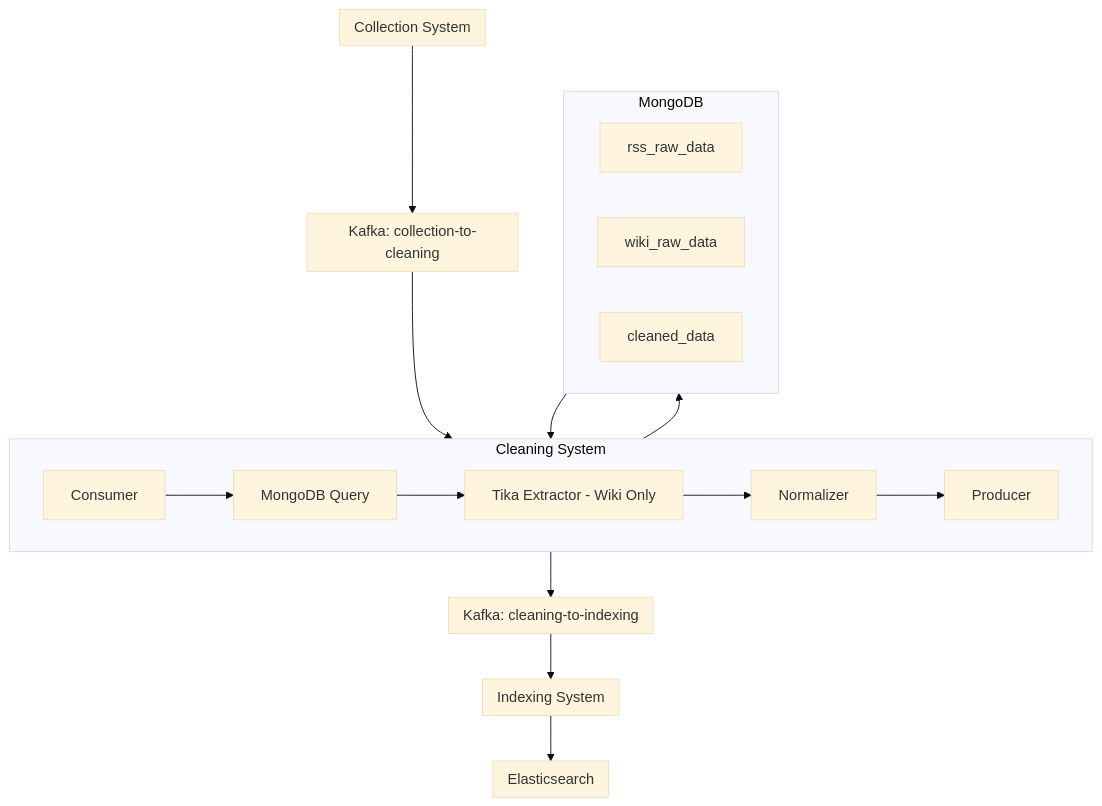
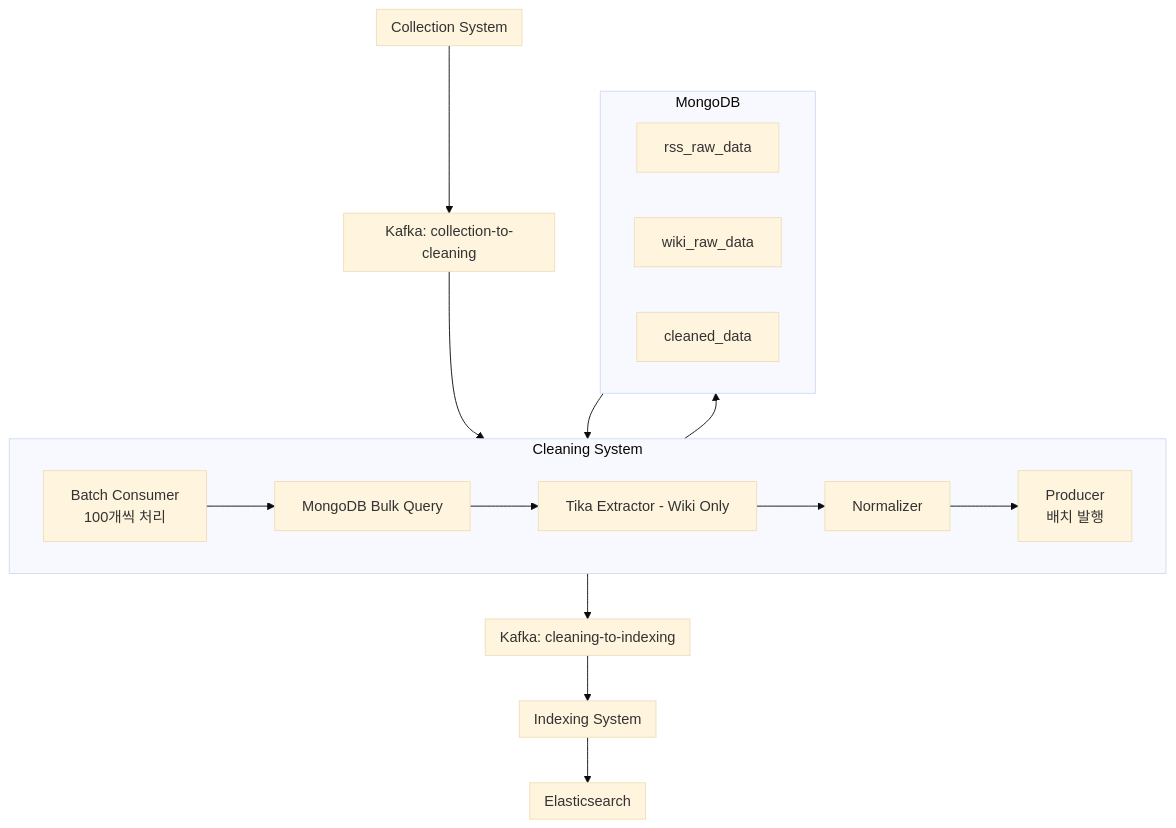
Before and after one commit to JAVACAFE-CLUB/realtime-sujeong: the second of 5 diagrams in cleaning-system/CLEANING_SYSTEM_DESIGN.md, drawn with Mermaid (base theme). The commit also changed other lines of this file and 2 other files, not shown here.

````diff
--- a/cleaning-system/CLEANING_SYSTEM_DESIGN.md
+++ b/cleaning-system/CLEANING_SYSTEM_DESIGN.md
@@ -28,35 +30,35 @@
 ```mermaid
 flowchart TD
     subgraph Collection["Collection System"]
     end
 
     subgraph Kafka1["Kafka: collection-to-cleaning"]
     end
 
     subgraph Cleaning["Cleaning System"]
-        A1[Consumer] --> A2[MongoDB Query]
+        A1[Batch Consumer<br/>100개씩 처리] --> A2[MongoDB Bulk Query]
         A2 --> A3[Tika Extractor - Wiki Only]
         A3 --> A4[Normalizer]
-        A4 --> A5[Producer]
+        A4 --> A5[Producer<br/>배치 발행]
     end
 
     subgraph MongoDB["MongoDB"]
         M1[rss_raw_data]
         M2[wiki_raw_data]
         M3[cleaned_data]
     end
 
     subgraph Kafka2["Kafka: cleaning-to-indexing"]
     end
 
     subgraph Indexing["Indexing System"]
     end
 
     subgraph ES["Elasticsearch"]
     end
 
     Collection --> Kafka1 --> Cleaning
     Cleaning --> MongoDB
     MongoDB --> Cleaning
     Cleaning --> Kafka2 --> Indexing --> ES
 ```
````
